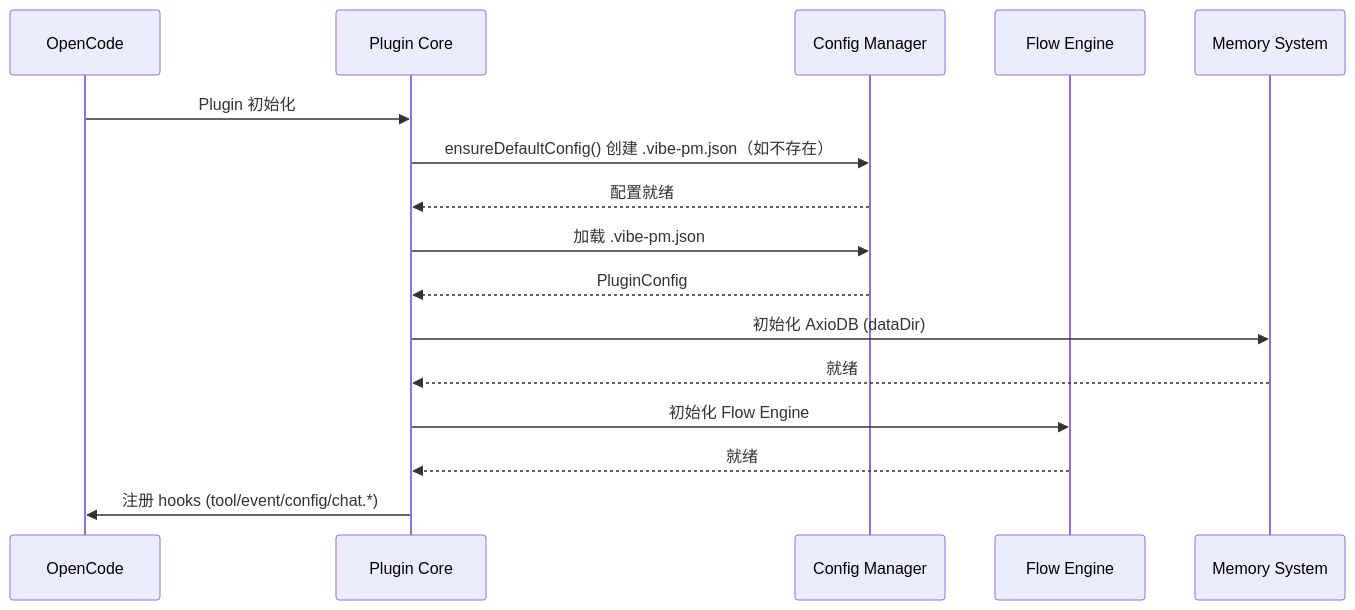
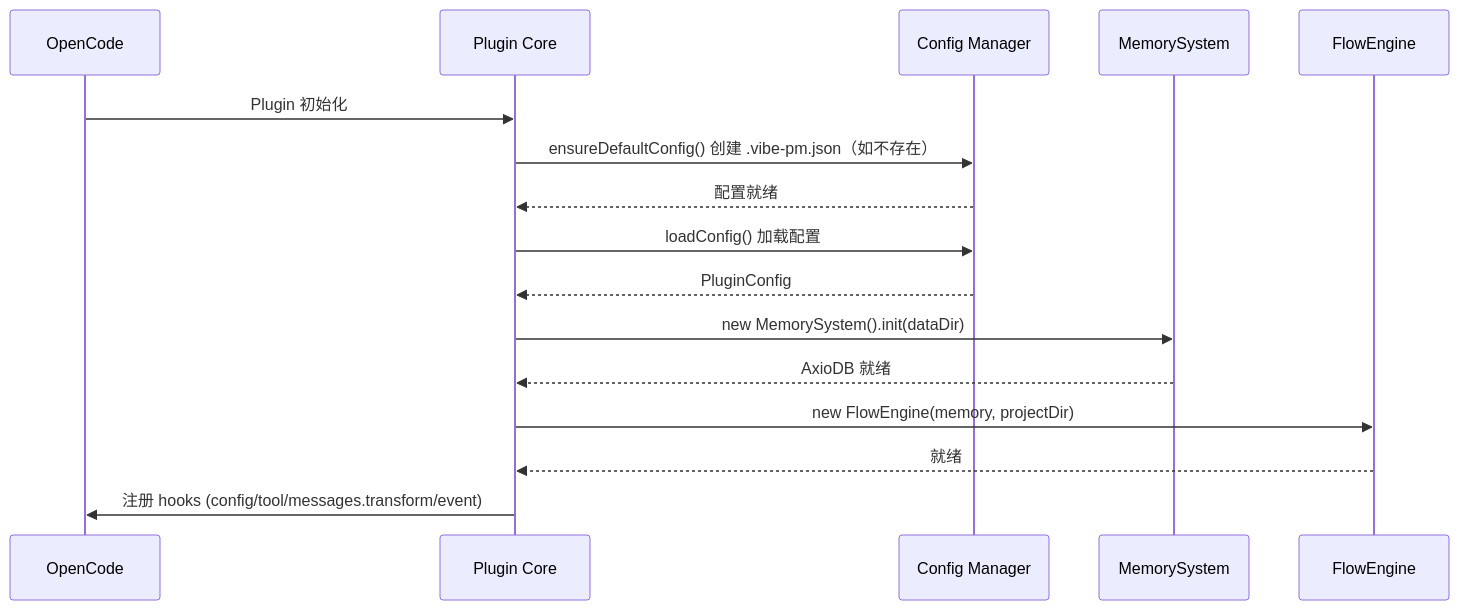
The first of 2 diagrams in docs/spec/vibe-pm-plugin-core.md (hank-cp/opencode-vibe-pm), drawn with Mermaid before and after one commit. The commit also changed other lines of this file and 3 other files, not shown here.

First line of the commit message:
docs(spec): 根据 plugin.ts / flow-engine.ts 重构同步更新 Spec 文档

````diff
--- a/docs/spec/vibe-pm-plugin-core.md
+++ b/docs/spec/vibe-pm-plugin-core.md
@@ -29,19 +29,19 @@
 ```mermaid
 sequenceDiagram
     participant OC as OpenCode
     participant PC as Plugin Core
     participant Config as Config Manager
-    participant Engine as Flow Engine
-    participant Memory as Memory System
+    participant Mem as MemorySystem
+    participant Engine as FlowEngine
 
     OC->>PC: Plugin 初始化
     PC->>Config: ensureDefaultConfig() 创建 .vibe-pm.json（如不存在）
     Config-->>PC: 配置就绪
-    PC->>Config: 加载 .vibe-pm.json
+    PC->>Config: loadConfig() 加载配置
     Config-->>PC: PluginConfig
-    PC->>Memory: 初始化 AxioDB (dataDir)
-    Memory-->>PC: 就绪
-    PC->>Engine: 初始化 Flow Engine
+    PC->>Mem: new MemorySystem().init(dataDir)
+    Mem-->>PC: AxioDB 就绪
+    PC->>Engine: new FlowEngine(memory, projectDir)
     Engine-->>PC: 就绪
-    PC->>OC: 注册 hooks (tool/event/config/chat.*)
+    PC->>OC: 注册 hooks (config/tool/messages.transform/event)
 ```
````
